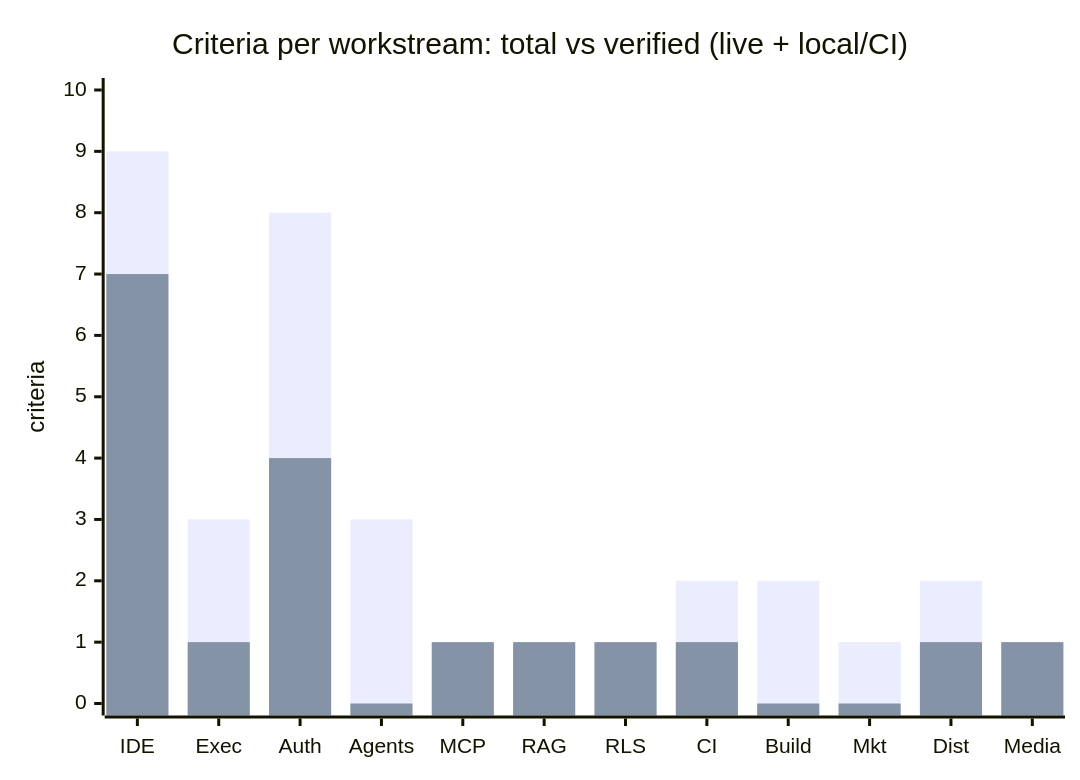
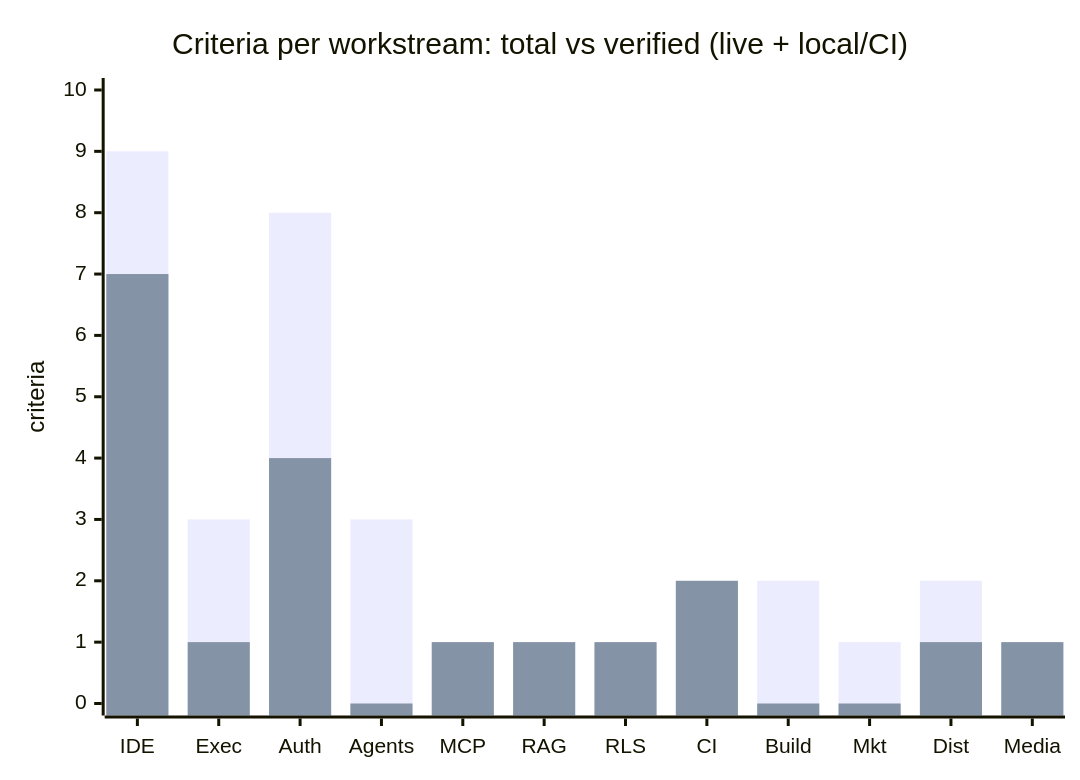
The second of 2 diagrams in docs/implementation/DASHBOARD.md (aliabdalla-maker/aepx-core), drawn with Mermaid before and after one commit. The commit also changed other lines of this file, not shown here.

````diff
--- a/docs/implementation/DASHBOARD.md
+++ b/docs/implementation/DASHBOARD.md
@@ -47,8 +47,8 @@
 ```mermaid
 xychart-beta
   title "Criteria per workstream: total vs verified (live + local/CI)"
   x-axis [IDE, Exec, Auth, Agents, MCP, RAG, RLS, CI, Build, Mkt, Dist, Media]
   y-axis "criteria" 0 --> 10
   bar [9, 3, 8, 3, 1, 1, 1, 2, 2, 1, 2, 1]
-  bar [7, 1, 4, 0, 1, 1, 1, 1, 0, 0, 1, 1]
+  bar [7, 1, 4, 0, 1, 1, 1, 2, 0, 0, 1, 1]
 ```
````
